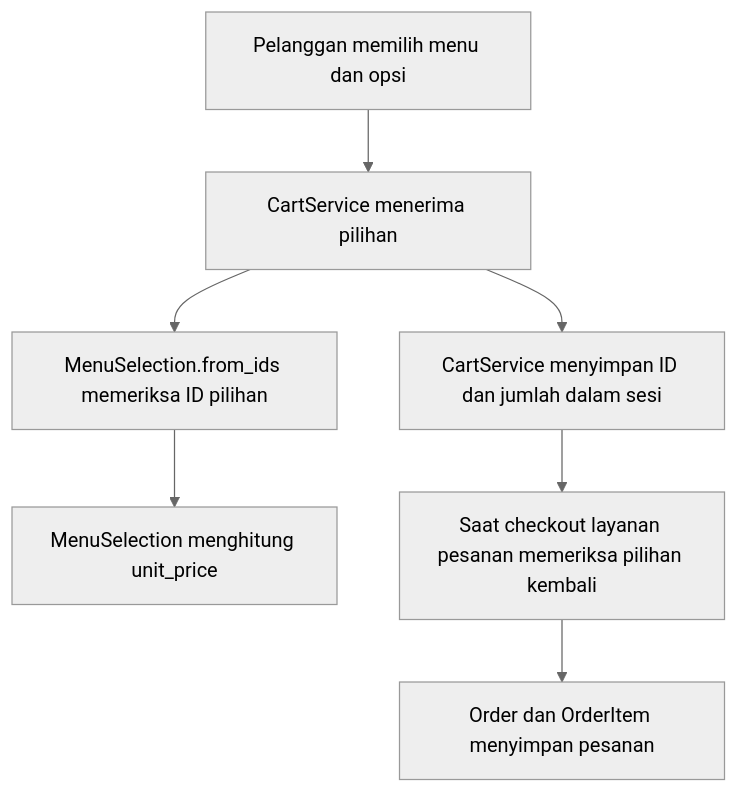
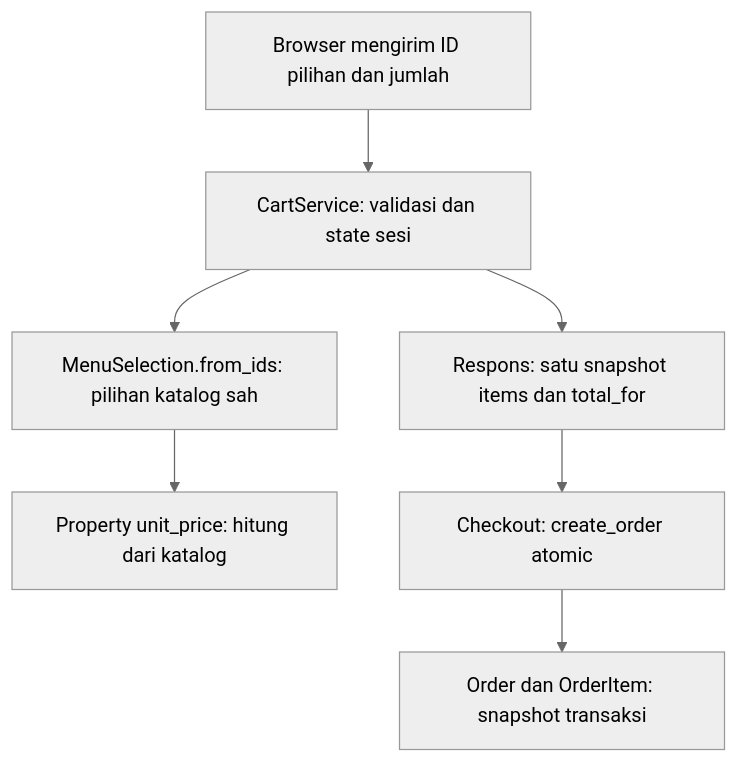
One commit to Cordova88/pemesanan-makanan-digital changed the diagram in docs/oop/README.md. Above: the diagram before and after it, drawn with Mermaid (neutral theme). The commit also changed other lines of this file and 31 other files, not shown here.

````diff
--- a/docs/oop/README.md
+++ b/docs/oop/README.md
@@ -148,9 +130,9 @@
 ```mermaid
 flowchart TD
-    A[Pelanggan memilih menu dan opsi] --> B[CartService menerima pilihan]
-    B --> C[MenuSelection.from_ids memeriksa ID pilihan]
-    C --> D[MenuSelection menghitung unit_price]
-    B --> E[CartService menyimpan ID dan jumlah dalam sesi]
-    E --> F[Saat checkout layanan pesanan memeriksa pilihan kembali]
-    F --> G[Order dan OrderItem menyimpan pesanan]
+    A[Browser mengirim ID pilihan dan jumlah] --> B[CartService: validasi dan state sesi]
+    B --> C[MenuSelection.from_ids: pilihan katalog sah]
+    C --> D[Property unit_price: hitung dari katalog]
+    B --> E[Respons: satu snapshot items dan total_for]
+    E --> F[Checkout: create_order atomic]
+    F --> G[Order dan OrderItem: snapshot transaksi]
 ```
````
